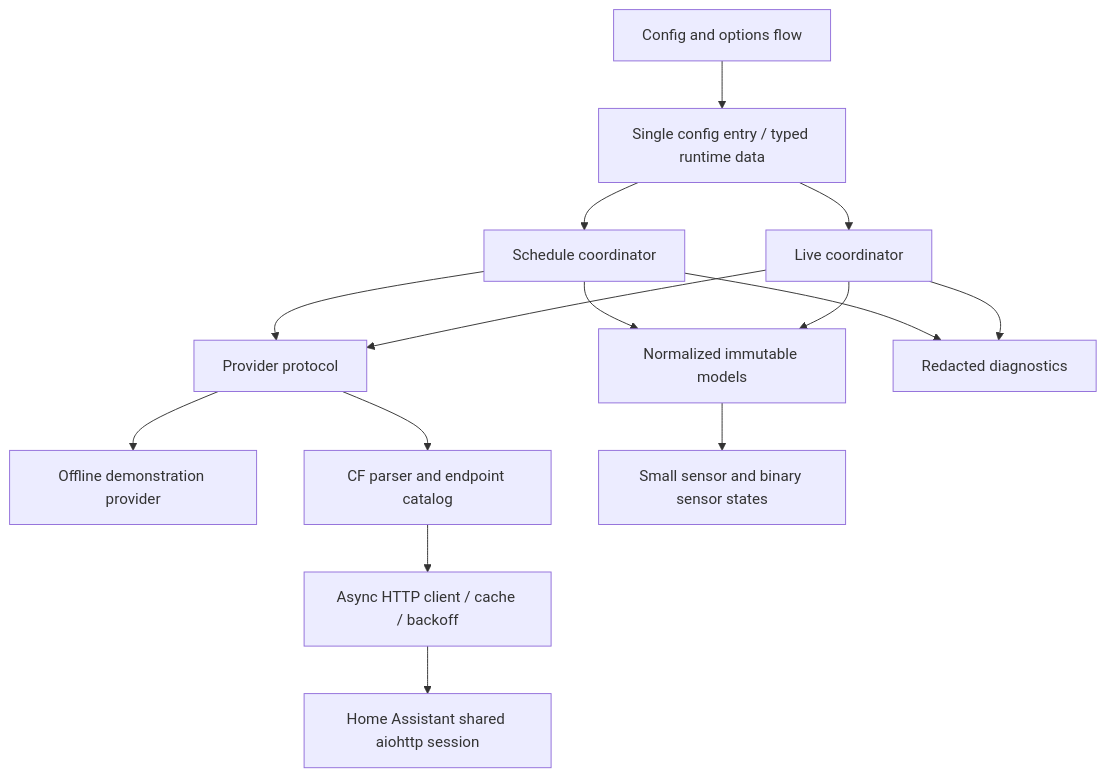
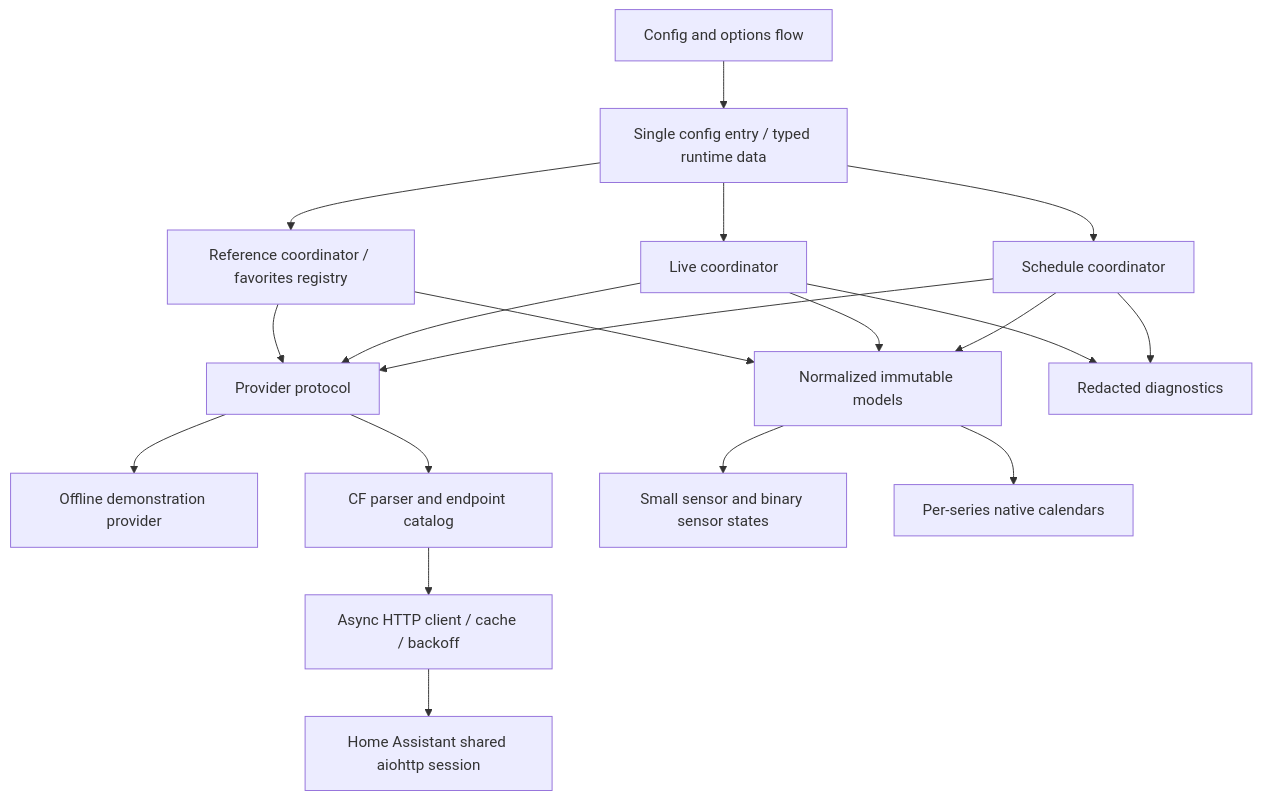
One commit to rosslandgraf/ha-nascar-race-center changed the diagram in ARCHITECTURE.md. Above: the diagram before and after it, drawn with Mermaid. The commit also changed other lines of this file and 38 other files, not shown here.

Commit message:
Implement Phase 2 schedules, native calendars, and favorite drivers (#2)

````diff
--- a/ARCHITECTURE.md
+++ b/ARCHITECTURE.md
@@ -7,17 +7,21 @@
 ```mermaid
 flowchart TD
     UI[Config and options flow] --> Entry[Single config entry / typed runtime data]
     Entry --> Schedule[Schedule coordinator]
+    Entry --> Reference[Reference coordinator / favorites registry]
     Entry --> Live[Live coordinator]
     Schedule --> Provider[Provider protocol]
     Live --> Provider
+    Reference --> Provider
     Provider --> Demo[Offline demonstration provider]
     Provider --> CF[CF parser and endpoint catalog]
     CF --> HTTP[Async HTTP client / cache / backoff]
     HTTP --> Session[Home Assistant shared aiohttp session]
     Schedule --> Models[Normalized immutable models]
     Live --> Models
     Models --> Entities[Small sensor and binary sensor states]
+    Models --> Calendar[Per-series native calendars]
+    Reference --> Models
     Schedule --> Diagnostics[Redacted diagnostics]
     Live --> Diagnostics
 ```
````
